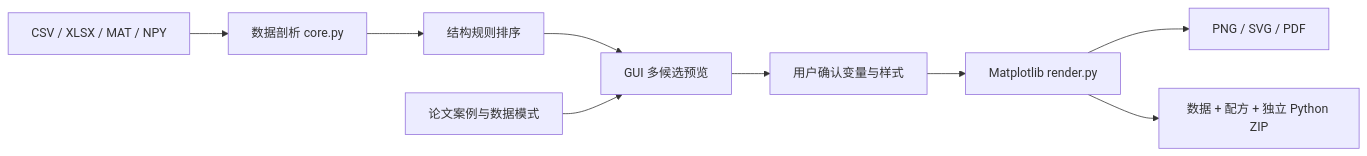
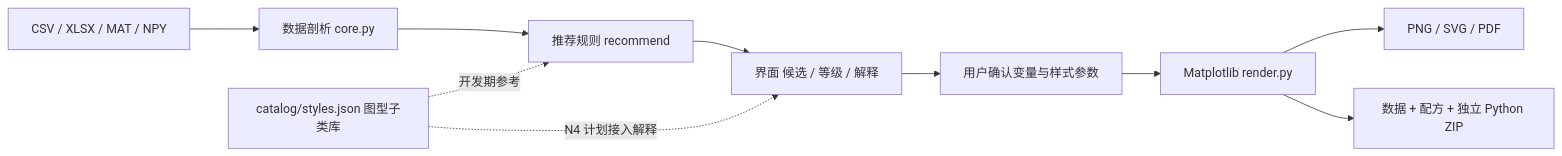
The diagram in docs/architecture.md (uestczhaoyan-gif/OptiPlot), drawn with Mermaid before and after one commit. The commit also changed other lines of this file and 14 other files, not shown here.

````diff
--- a/docs/architecture.md
+++ b/docs/architecture.md
@@ -3,11 +3,12 @@
 ```mermaid
 flowchart LR
     D[CSV / XLSX / MAT / NPY] --> P[数据剖析 core.py]
-    P --> R[结构规则排序]
-    R --> G[GUI 多候选预览]
-    C[论文案例与数据模式] --> G
-    G --> E[用户确认变量与样式]
+    P --> R[推荐规则 recommend]
+    R --> G[界面 候选 / 等级 / 解释]
+    G --> E[用户确认变量与样式参数]
     E --> M[Matplotlib render.py]
     M --> F[PNG / SVG / PDF]
     M --> Z[数据 + 配方 + 独立 Python ZIP]
+    S[catalog/styles.json 图型子类库] -.->|开发期参考| R
+    S -.->|N4 计划接入解释| G
 ```
````
